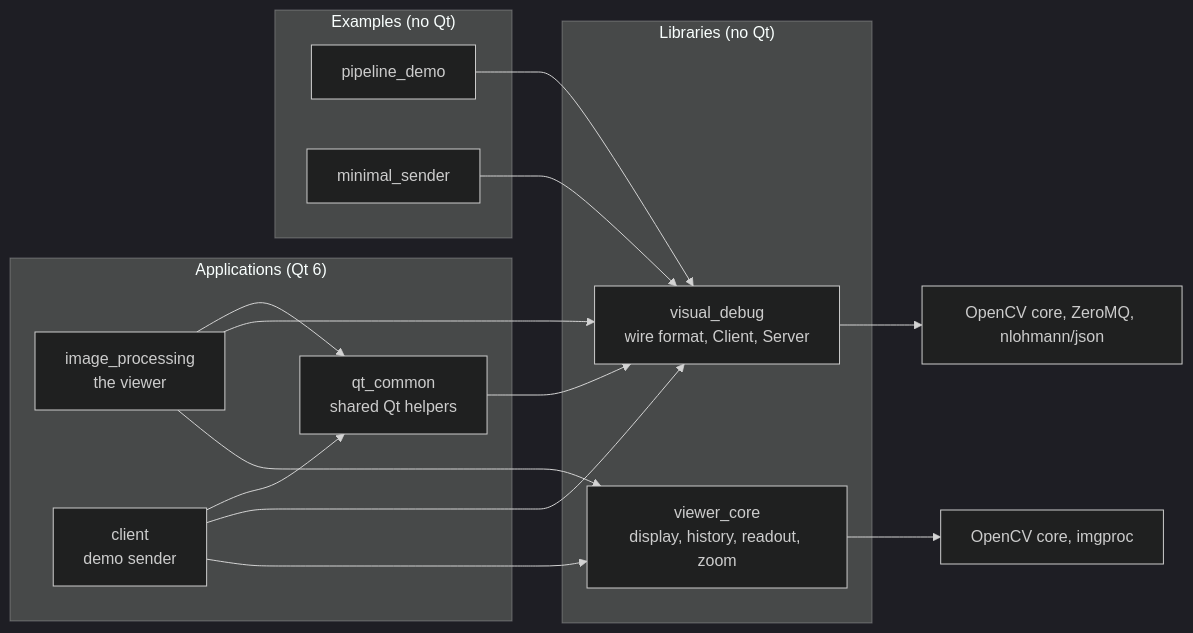
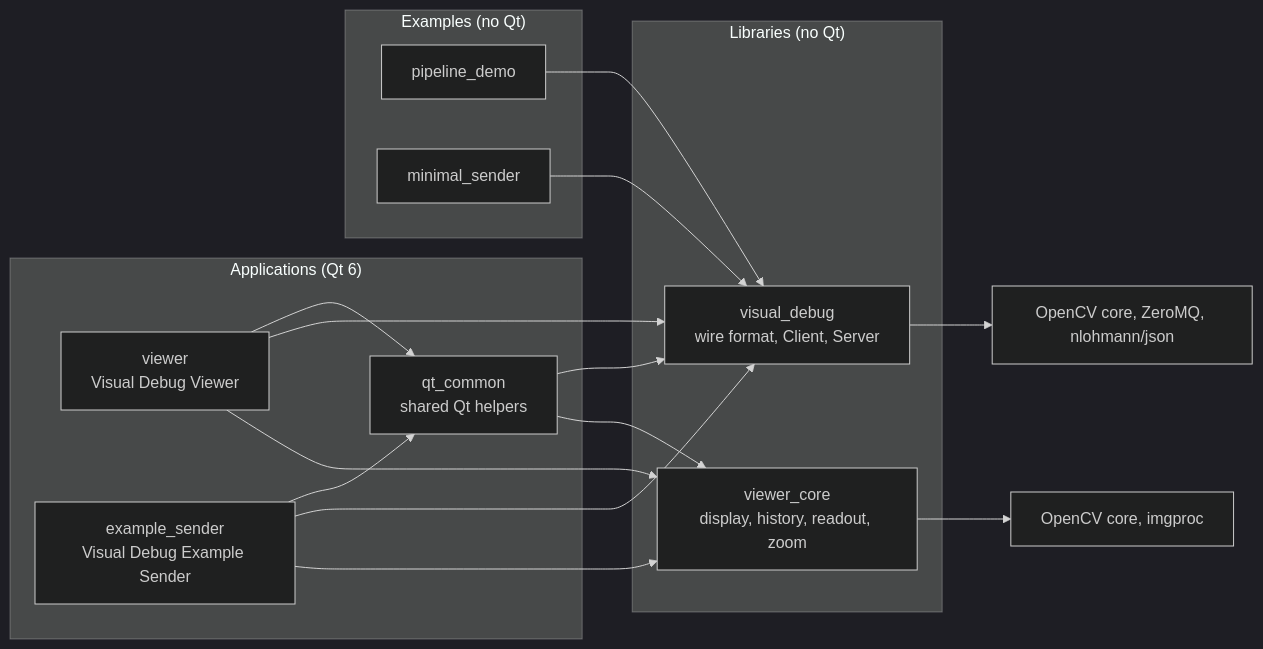
One commit to mbuster8/Image_processing changed the first of 2 diagrams in docs/architecture.md. Above: the diagram before and after it, drawn with Mermaid (dark theme). The commit also changed other lines of this file and 9 other files, not shown here.

````diff
--- a/docs/architecture.md
+++ b/docs/architecture.md
@@ -15,27 +15,28 @@
 ```mermaid
 flowchart LR
     subgraph apps["Applications (Qt 6)"]
-        viewer["image_processing<br/>the viewer"]
-        client["client<br/>demo sender"]
+        viewer["viewer<br/>Visual Debug Viewer"]
+        sender["example_sender<br/>Visual Debug Example Sender"]
         qtcommon["qt_common<br/>shared Qt helpers"]
     end
     subgraph examples["Examples (no Qt)"]
         pipeline["pipeline_demo"]
         minimal["minimal_sender"]
     end
     subgraph libs["Libraries (no Qt)"]
         vd["visual_debug<br/>wire format, Client, Server"]
         vc["viewer_core<br/>display, history, readout, zoom"]
     end
     viewer --> qtcommon
-    client --> qtcommon
+    sender --> qtcommon
     viewer --> vd
     viewer --> vc
-    client --> vd
-    client --> vc
+    sender --> vd
+    sender --> vc
     qtcommon --> vd
+    qtcommon --> vc
     pipeline --> vd
     minimal --> vd
     vd --> deps1["OpenCV core, ZeroMQ, nlohmann/json"]
     vc --> deps2["OpenCV core, imgproc"]
 ```
````
